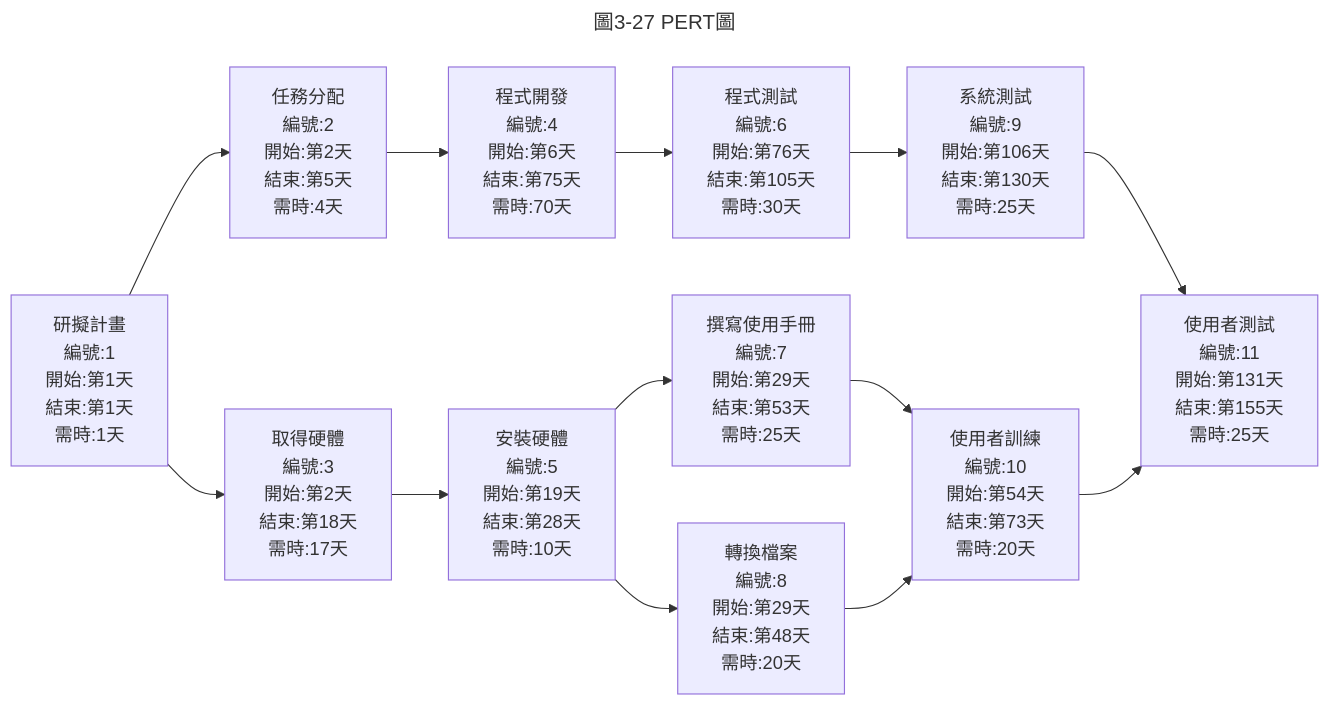
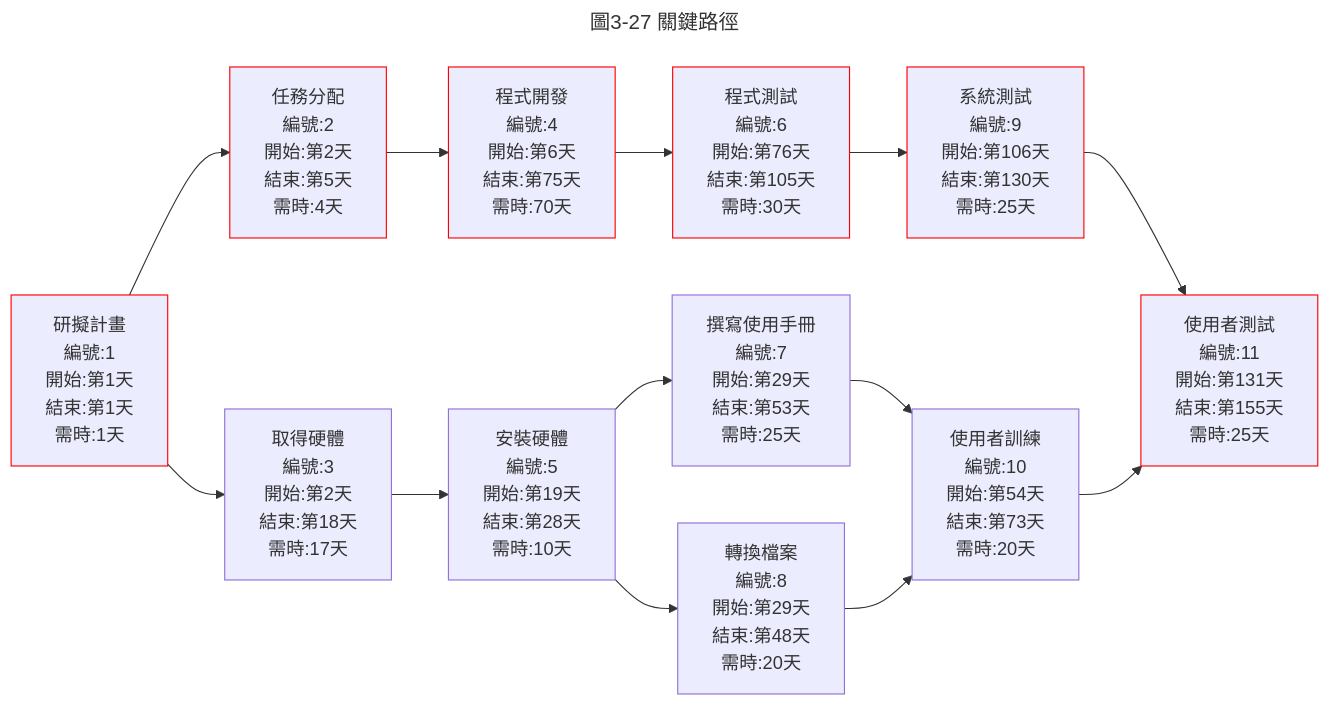
One commit to Xiaobao0813/114-b changed the third of 3 diagrams in hw2.md. Above: the diagram before and after it, drawn with Mermaid. The commit also changed other lines of this file, not shown here.

Commit message:
Update task list and PERT/CPM diagrams

````diff
--- a/hw2.md
+++ b/hw2.md
@@ -22,31 +69,33 @@
 ```mermaid
 ---
-title: 圖3-27 PERT圖
+title: 圖3-27 關鍵路徑
 ---
 flowchart LR
     node1["研擬計畫<br/>編號:1<br/>開始:第1天<br/>結束:第1天<br/>需時:1天"]
     node2["任務分配<br/>編號:2<br/>開始:第2天<br/>結束:第5天<br/>需時:4天"]
     node3["取得硬體<br/>編號:3<br/>開始:第2天<br/>結束:第18天<br/>需時:17天"]
     node4["程式開發<br/>編號:4<br/>開始:第6天<br/>結束:第75天<br/>需時:70天"]
     node5["安裝硬體<br/>編號:5<br/>開始:第19天<br/>結束:第28天<br/>需時:10天"]
     node6["程式測試<br/>編號:6<br/>開始:第76天<br/>結束:第105天<br/>需時:30天"]
     node7["撰寫使用手冊<br/>編號:7<br/>開始:第29天<br/>結束:第53天<br/>需時:25天"]
     node8["轉換檔案<br/>編號:8<br/>開始:第29天<br/>結束:第48天<br/>需時:20天"]
     node9["系統測試<br/>編號:9<br/>開始:第106天<br/>結束:第130天<br/>需時:25天"]
     node10["使用者訓練<br/>編號:10<br/>開始:第54天<br/>結束:第73天<br/>需時:20天"]
     node11["使用者測試<br/>編號:11<br/>開始:第131天<br/>結束:第155天<br/>需時:25天"]
 
-    node1 --> node2
+    node1:::crit --> node2
     node1 --> node3
-    node2 --> node4
+    node2:::crit --> node4
     node3 --> node5
-    node4 --> node6
+    node4:::crit --> node6
     node5 --> node7
     node5 --> node8
-    node6 --> node9
+    node6:::crit --> node9
     node7 --> node10
     node8 --> node10
-    node9 --> node11
+    node9:::crit --> node11:::crit
     node10 --> node11
 
+classDef crit stroke:#f00
+
 ```
````
